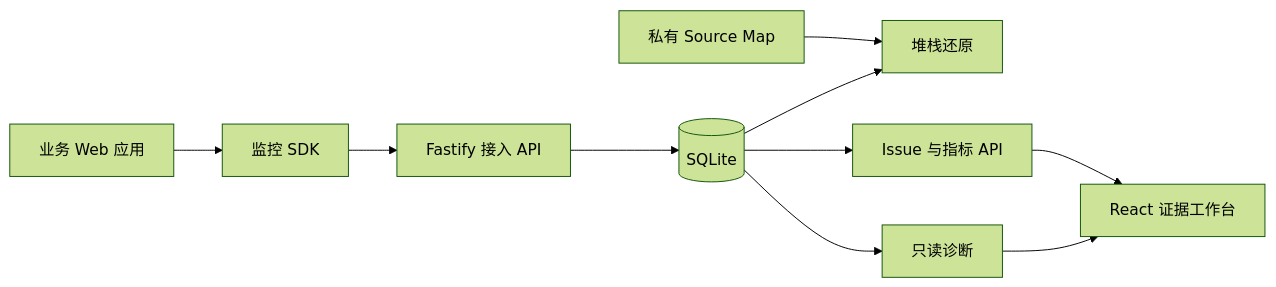
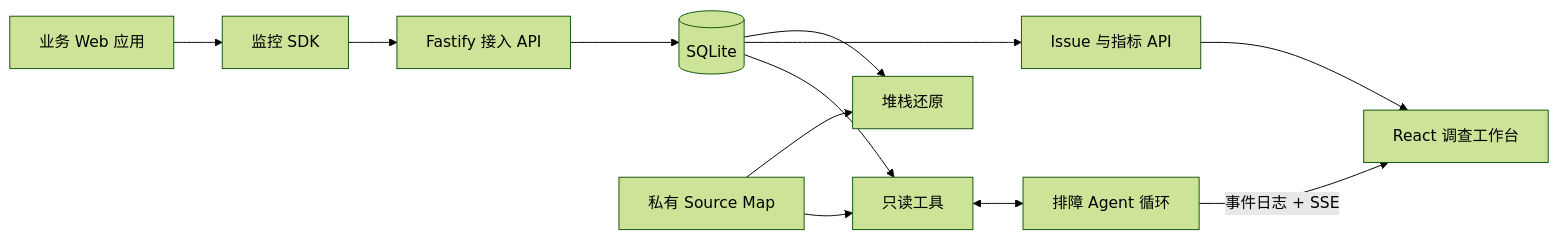
The diagram in README.md (guiwzh/tracepilot), drawn with Mermaid (forest theme) before and after one commit. The commit also changed other lines of this file and 2 other files, not shown here.

````diff
--- a/README.md
+++ b/README.md
@@ -184,12 +207,14 @@
 ```mermaid
 flowchart LR
   App[业务 Web 应用] --> SDK[监控 SDK]
   SDK --> Ingest[Fastify 接入 API]
   Ingest --> DB[(SQLite)]
   Maps[私有 Source Map] --> Symbolicate[堆栈还原]
   DB --> Symbolicate
   DB --> Query[Issue 与指标 API]
-  Query --> UI[React 证据工作台]
-  DB --> Diagnose[只读诊断]
-  Diagnose --> UI
+  Query --> UI[React 调查工作台]
+  DB --> Tools[只读工具]
+  Maps --> Tools
+  Tools <--> Agent[排障 Agent 循环]
+  Agent -- 事件日志 + SSE --> UI
 ```
````
